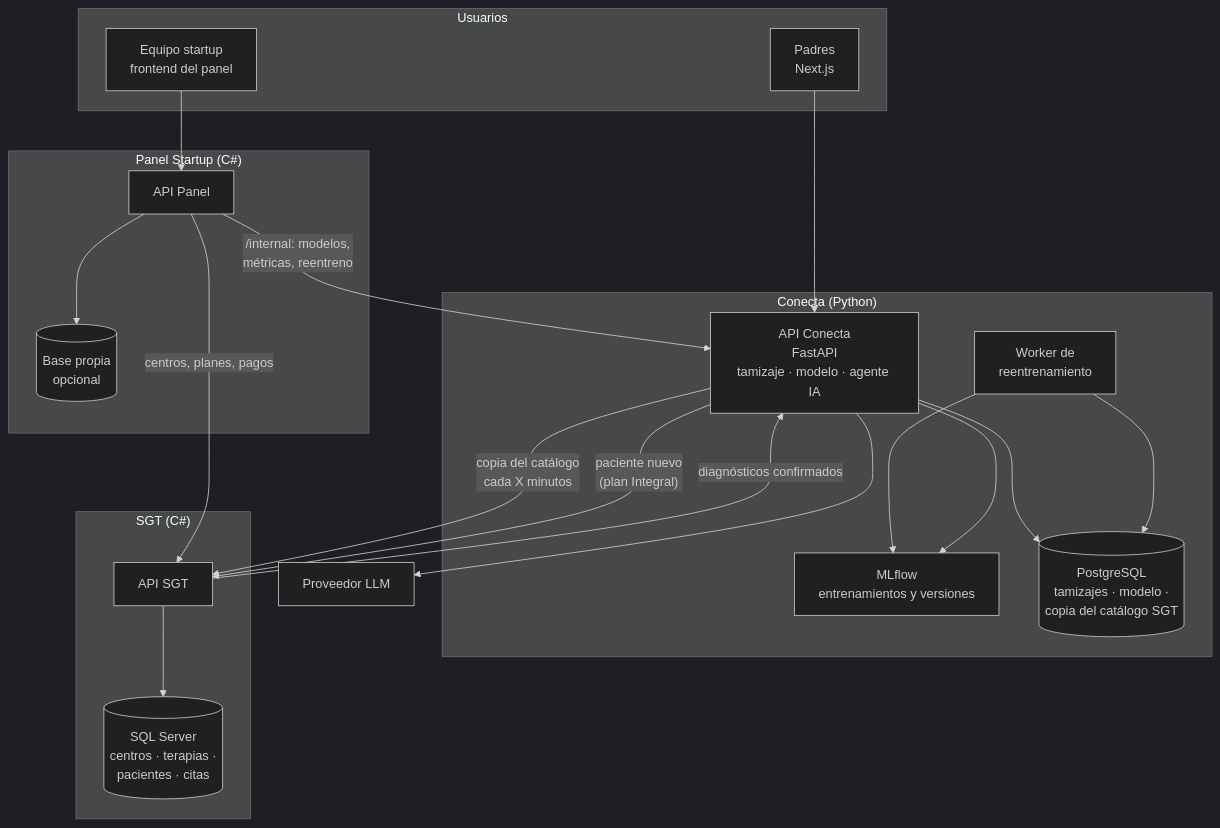
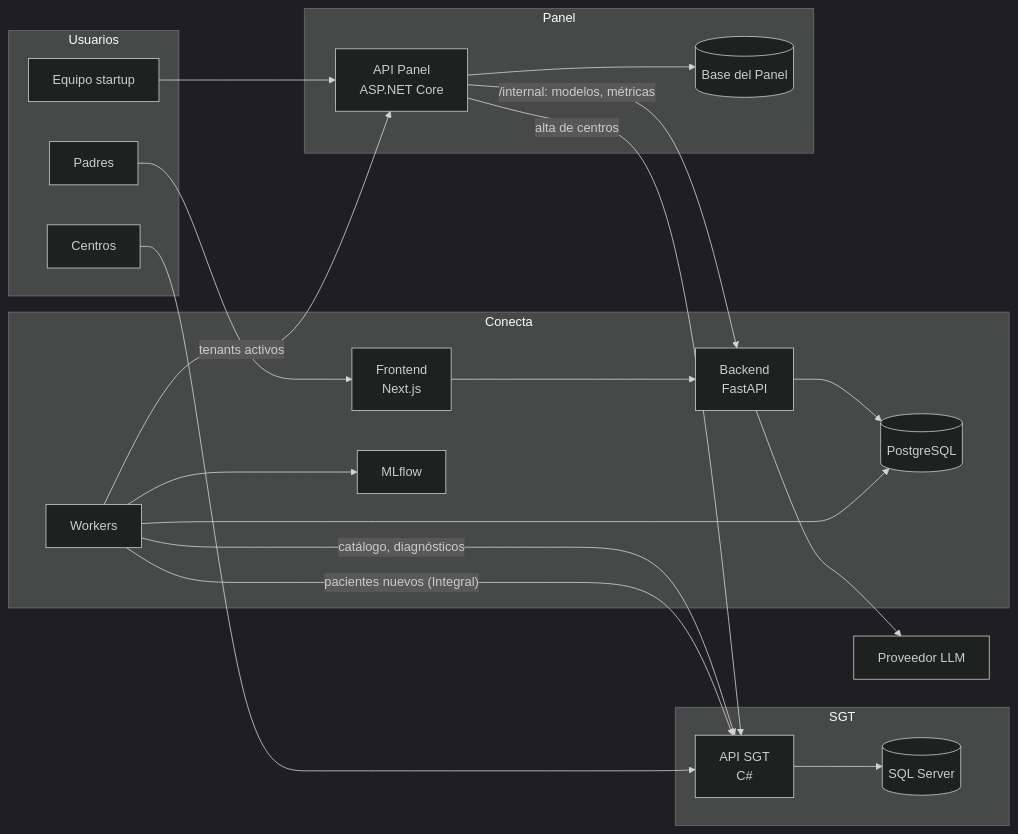
One commit to ErnestoSCL/neuroa-modelo-tamizaje changed the first of 6 diagrams in docs/arquitectura_conecta.md. Above: the diagram before and after it, drawn with Mermaid (dark theme). The commit also changed other lines of this file, not shown here.

First line of the commit message:
Detail Conecta architecture: frontend, backend, database and flows

````diff
--- a/docs/arquitectura_conecta.md
+++ b/docs/arquitectura_conecta.md
@@ -44,41 +38,43 @@
 ```mermaid
-flowchart TB
+flowchart LR
     subgraph Usuarios
-        P[Padres<br/>Next.js]
-        S[Equipo startup<br/>frontend del panel]
+        P["Padres"]
+        C["Centros"]
+        E["Equipo startup"]
     end
 
-    subgraph Conecta["Conecta (Python)"]
-        AC[API Conecta<br/>FastAPI<br/>tamizaje · modelo · agente IA]
-        W[Worker de<br/>reentrenamiento]
-        ML[MLflow<br/>entrenamientos y versiones]
-        PG[(PostgreSQL<br/>tamizajes · modelo ·<br/>copia del catálogo SGT)]
+    subgraph Conecta
+        WEB["Frontend<br>Next.js"]
+        API["Backend<br>FastAPI"]
+        WK["Workers"]
+        PG[("PostgreSQL")]
+        ML["MLflow"]
     end
 
-    subgraph SGT["SGT (C#)"]
-        AS[API SGT]
-        SQL[(SQL Server<br/>centros · terapias ·<br/>pacientes · citas)]
+    subgraph SGT
+        SAPI["API SGT<br>C#"]
+        SQL[("SQL Server")]
     end
 
-    subgraph Panel["Panel Startup (C#)"]
-        APN[API Panel]
-        DBP[(Base propia<br/>opcional)]
+    subgraph Panel
+        PAPI["API Panel<br>ASP.NET Core"]
+        PDB[("Base del Panel")]
     end
 
-    LLM[Proveedor LLM]
+    LLM["Proveedor LLM"]
 
-    P --> AC
-    S --> APN
-    AC --> PG
-    AC --> LLM
-    AC -- "copia del catálogo<br/>cada X minutos" --> AS
-    AC -- "paciente nuevo<br/>(plan Integral)" --> AS
-    AS -- "diagnósticos confirmados" --> AC
-    AS --> SQL
-    APN -- "/internal: modelos,<br/>métricas, reentreno" --> AC
-    APN -- "centros, planes, pagos" --> AS
-    APN --> DBP
-    W --> ML
-    W --> PG
-    AC --> ML
+    P --> WEB --> API
+    C --> SAPI
+    E --> PAPI
+    API --> PG
+    WK --> PG
+    API --> LLM
+    WK -- "catálogo, diagnósticos" --> SAPI
+    WK -- "pacientes nuevos (Integral)" --> SAPI
+    WK -- "tenants activos" --> PAPI
+    PAPI -- "/internal: modelos, métricas" --> API
+    PAPI -- "alta de centros" --> SAPI
+    SAPI --> SQL
+    PAPI --> PDB
+    WK --> ML
 ```
````
